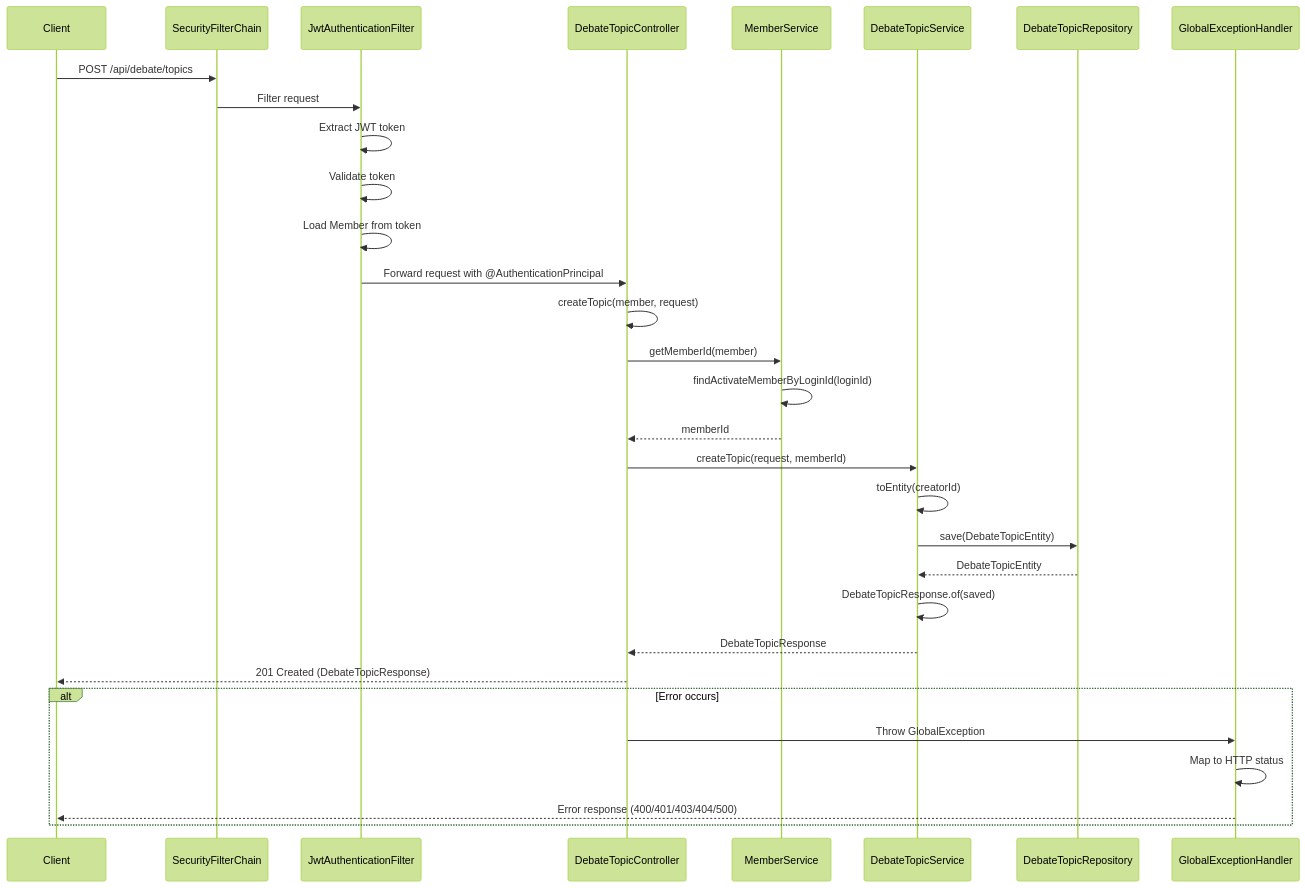
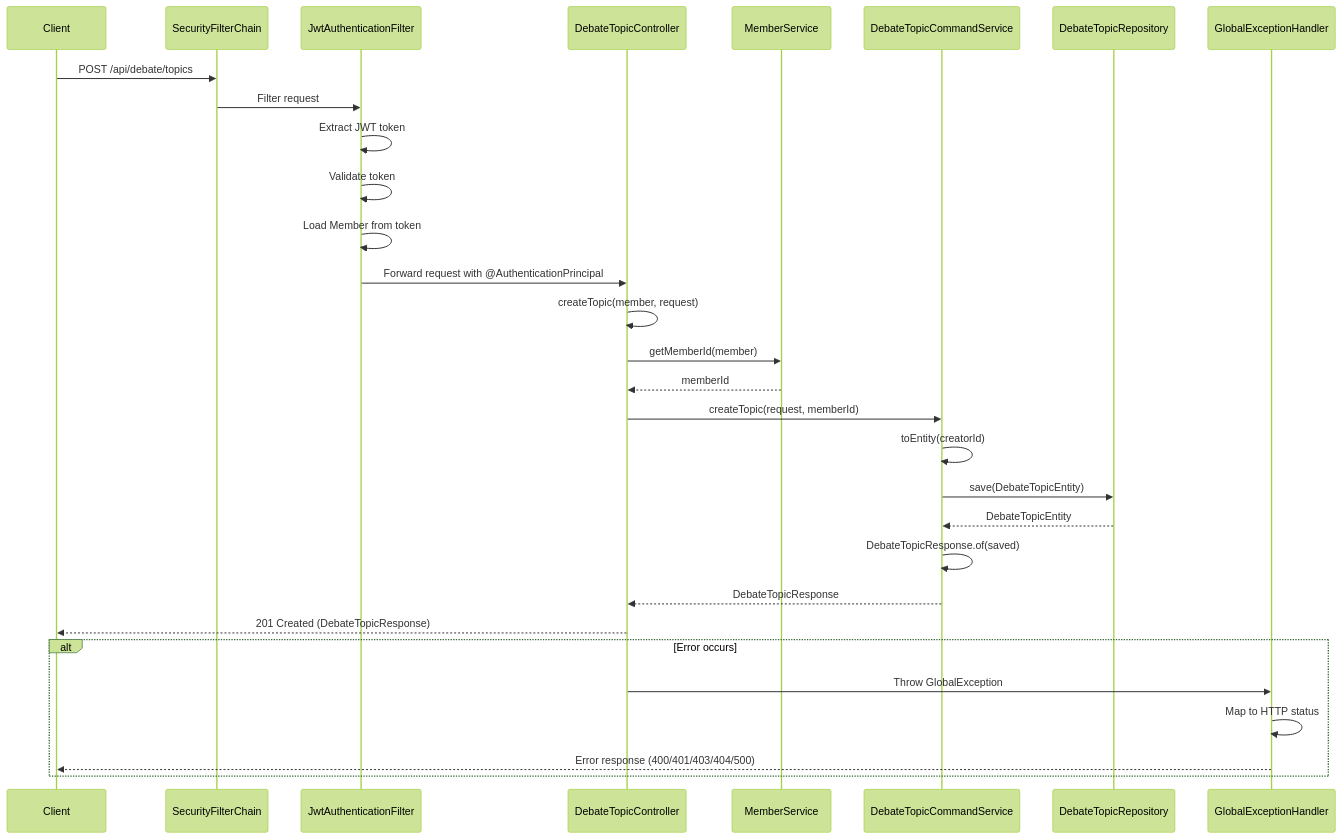
One commit to RKS-t/JungleBook changed the diagram in doc/debate/DebateTopicController/createTopic-sequence.md. Above: the diagram before and after it, drawn with Mermaid (forest theme). The commit also changed 18 other files, not shown here.

First line of the commit message:
docs: update Mermaid charts for CQRS services

````diff
--- a/doc/debate/DebateTopicController/createTopic-sequence.md
+++ b/doc/debate/DebateTopicController/createTopic-sequence.md
@@ -3,38 +3,37 @@
 ```mermaid
 sequenceDiagram
     participant Client
     participant SecurityFilterChain
     participant JwtAuthenticationFilter
     participant DebateTopicController
     participant MemberService
-    participant DebateTopicService
+    participant DebateTopicCommandService
     participant DebateTopicRepository
     participant GlobalExceptionHandler
     
     Client->>SecurityFilterChain: POST /api/debate/topics
     SecurityFilterChain->>JwtAuthenticationFilter: Filter request
     JwtAuthenticationFilter->>JwtAuthenticationFilter: Extract JWT token
     JwtAuthenticationFilter->>JwtAuthenticationFilter: Validate token
     JwtAuthenticationFilter->>JwtAuthenticationFilter: Load Member from token
     JwtAuthenticationFilter->>DebateTopicController: Forward request with @AuthenticationPrincipal
     
     DebateTopicController->>DebateTopicController: createTopic(member, request)
     DebateTopicController->>MemberService: getMemberId(member)
-    MemberService->>MemberService: findActivateMemberByLoginId(loginId)
     MemberService-->>DebateTopicController: memberId
     
-    DebateTopicController->>DebateTopicService: createTopic(request, memberId)
-    DebateTopicService->>DebateTopicService: toEntity(creatorId)
-    DebateTopicService->>DebateTopicRepository: save(DebateTopicEntity)
-    DebateTopicRepository-->>DebateTopicService: DebateTopicEntity
-    DebateTopicService->>DebateTopicService: DebateTopicResponse.of(saved)
-    DebateTopicService-->>DebateTopicController: DebateTopicResponse
+    DebateTopicController->>DebateTopicCommandService: createTopic(request, memberId)
+    DebateTopicCommandService->>DebateTopicCommandService: toEntity(creatorId)
+    DebateTopicCommandService->>DebateTopicRepository: save(DebateTopicEntity)
+    DebateTopicRepository-->>DebateTopicCommandService: DebateTopicEntity
+    DebateTopicCommandService->>DebateTopicCommandService: DebateTopicResponse.of(saved)
+    DebateTopicCommandService-->>DebateTopicController: DebateTopicResponse
     
     DebateTopicController-->>Client: 201 Created (DebateTopicResponse)
     
     alt Error occurs
         DebateTopicController->>GlobalExceptionHandler: Throw GlobalException
         GlobalExceptionHandler->>GlobalExceptionHandler: Map to HTTP status
         GlobalExceptionHandler-->>Client: Error response (400/401/403/404/500)
     end
 ```
````
